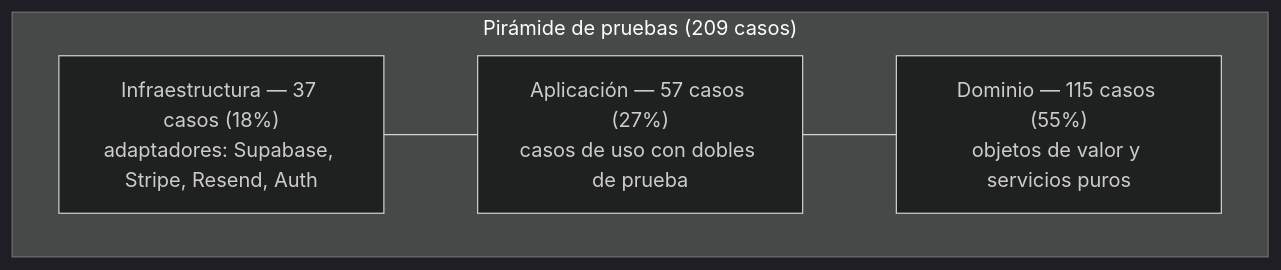
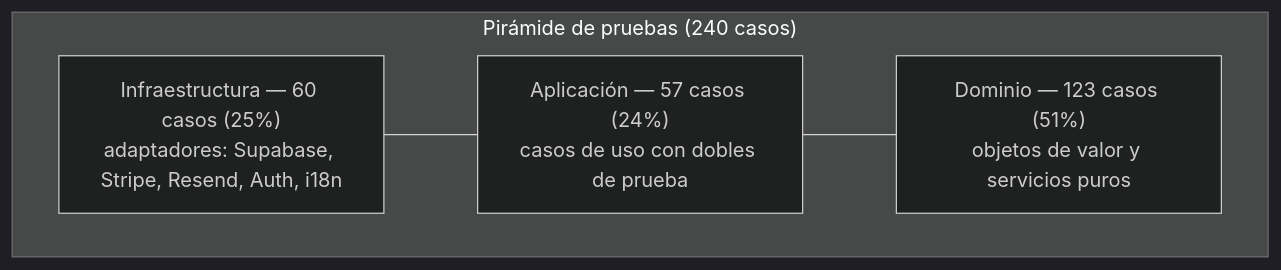
One commit to Ogires/reservas-chanantes changed the diagram in docs/memoria/06-pruebas-calidad.md. Above: the diagram before and after it, drawn with Mermaid (dark theme). The commit also changed other lines of this file and 4 other files, not shown here.

````diff
--- a/docs/memoria/06-pruebas-calidad.md
+++ b/docs/memoria/06-pruebas-calidad.md
@@ -29,9 +29,9 @@
 ```mermaid
 flowchart TB
-    subgraph Pyramid["Pirámide de pruebas (209 casos)"]
-        I["Infraestructura — 37 casos (18%)<br/>adaptadores: Supabase, Stripe, Resend, Auth"]
-        A["Aplicación — 57 casos (27%)<br/>casos de uso con dobles de prueba"]
-        D["Dominio — 115 casos (55%)<br/>objetos de valor y servicios puros"]
+    subgraph Pyramid["Pirámide de pruebas (240 casos)"]
+        I["Infraestructura — 60 casos (25%)<br/>adaptadores: Supabase, Stripe, Resend, Auth, i18n"]
+        A["Aplicación — 57 casos (24%)<br/>casos de uso con dobles de prueba"]
+        D["Dominio — 123 casos (51%)<br/>objetos de valor y servicios puros"]
     end
     I --- A --- D
 ```
````
